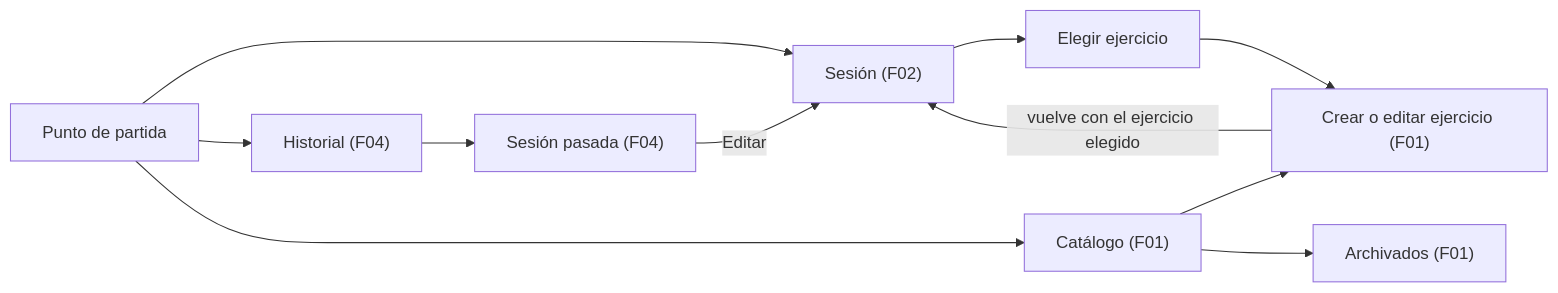
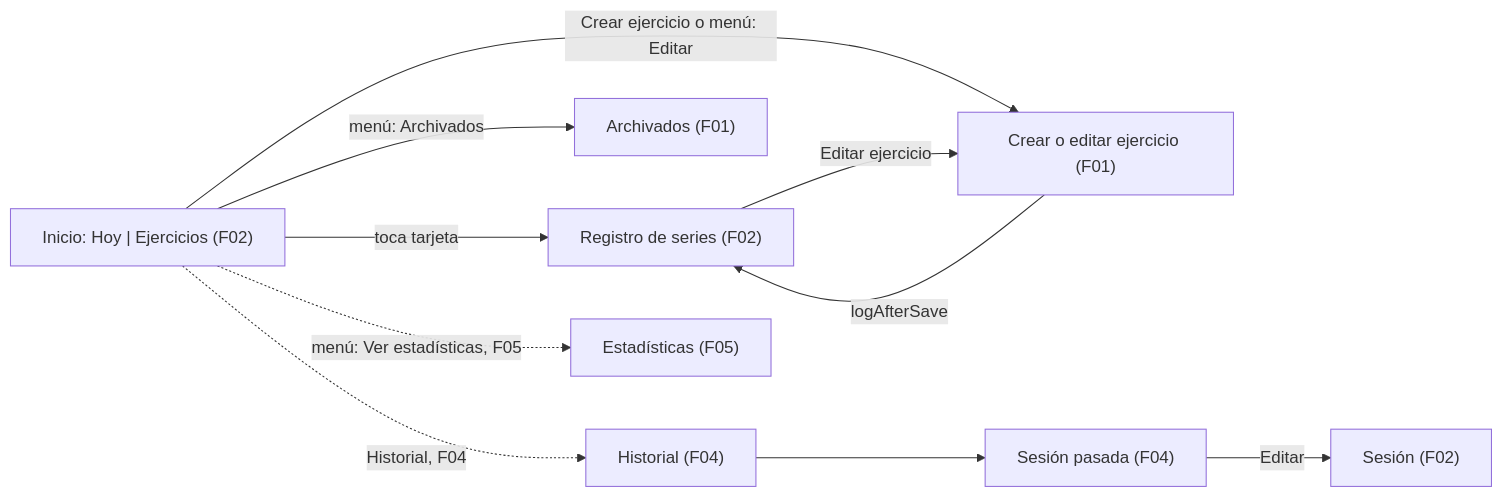
The diagram in .docs/Spec 40 Flujos de usuario.md (juancholopes/Weightrack), drawn with Mermaid before and after one commit. The commit also changed other lines of this file and 8 other files, not shown here.

````diff
--- a/.docs/Spec 40 Flujos de usuario.md
+++ b/.docs/Spec 40 Flujos de usuario.md
@@ -89,13 +91,12 @@
 ```mermaid
 flowchart LR
-  Inicio["Punto de partida"] --> Sesion["Sesión (F02)"]
-  Inicio --> Historial["Historial (F04)"]
-  Inicio --> Catalogo["Catálogo (F01)"]
-  Sesion --> Elegir["Elegir ejercicio"]
-  Elegir --> Editor["Crear o editar ejercicio (F01)"]
-  Editor -- "vuelve con el ejercicio elegido" --> Sesion
+  Inicio["Inicio: Hoy | Ejercicios (F02)"] -- "toca tarjeta" --> Registro["Registro de series (F02)"]
+  Inicio -- "Crear ejercicio o menú: Editar" --> Editor["Crear o editar ejercicio (F01)"]
+  Editor -- "logAfterSave" --> Registro
+  Registro -- "Editar ejercicio" --> Editor
+  Inicio -- "menú: Archivados" --> Archivados["Archivados (F01)"]
+  Inicio -. "Historial, F04" .-> Historial["Historial (F04)"]
   Historial --> Pasada["Sesión pasada (F04)"]
-  Pasada -- "Editar" --> Sesion
-  Catalogo --> Editor
-  Catalogo --> Archivados["Archivados (F01)"]
+  Pasada -- "Editar" --> Sesion["Sesión (F02)"]
+  Inicio -. "menú: Ver estadísticas, F05" .-> Estadisticas["Estadísticas (F05)"]
 ```
````
